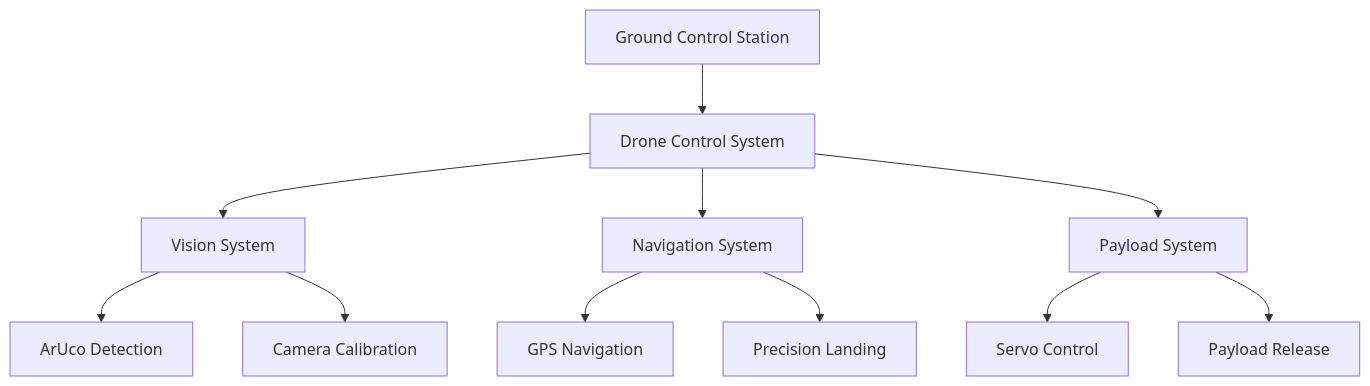
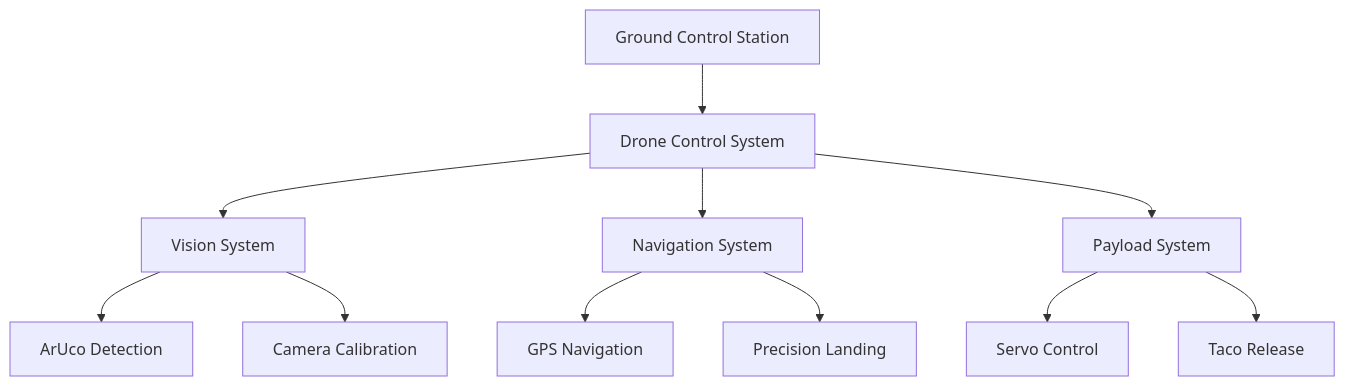
Before and after one commit to khairul-me/Autonomous-Drone-Delivery-and-Precision-Landing: the first of 3 diagrams in README.md, drawn with Mermaid. The commit also changed other lines of this file, not shown here.

````diff
--- a/README.md
+++ b/README.md
@@ -13,16 +51,16 @@
 ```mermaid
 graph TB
     A[Ground Control Station] --> B[Drone Control System]
     B --> C[Vision System]
     B --> D[Navigation System]
     B --> E[Payload System]
     
     C --> C1[ArUco Detection]
     C --> C2[Camera Calibration]
     
     D --> D1[GPS Navigation]
     D --> D2[Precision Landing]
     
     E --> E1[Servo Control]
-    E --> E2[Payload Release]
+    E --> E2[Taco Release]
 ```
````
